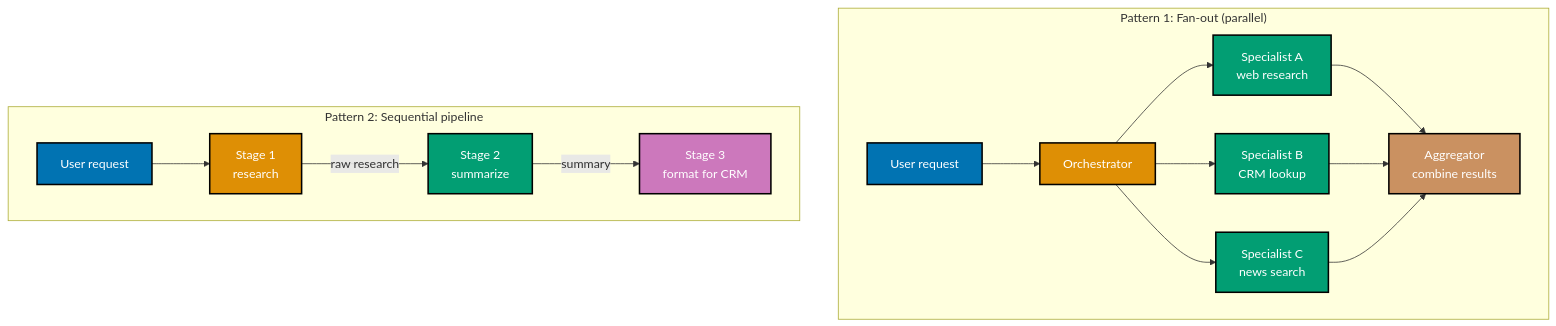
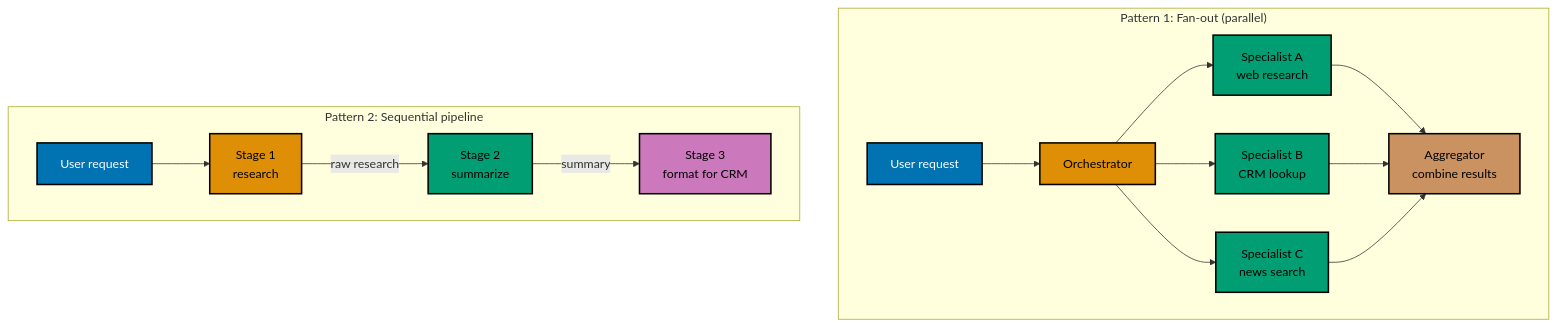
One commit to wahidyankf/ose-public changed the second of 3 diagrams in apps/ayokoding-www/content/en/learn/legacy/artificial-intelligence/tools/openclaw/by-concept/advanced.md. Above: the diagram before and after it, drawn with Mermaid. The commit also changed other lines of this file and 50 other files, not shown here.

First line of the commit message:
fix(mermaid): bring the docs, governance, plans, and legacy AI diagrams onto the accessible palette

````diff
--- a/apps/ayokoding-www/content/en/learn/legacy/artificial-intelligence/tools/openclaw/by-concept/advanced.md
+++ b/apps/ayokoding-www/content/en/learn/legacy/artificial-intelligence/tools/openclaw/by-concept/advanced.md
@@ -557,36 +560,39 @@
 ```mermaid
 %% Color Palette: Blue #0173B2, Orange #DE8F05, Teal #029E73, Purple #CC78BC, Brown #CA9161
 
 graph TD
+    accTitle: 5. Multi-Agent Patterns
+    accDescr: Graph with 10 nodes and 10 connections. Nodes: User request, Orchestrator, Specialist A web research, Specialist B CRM lookup, Specialist C news search, Aggregator combine results, User request, Stage 1 research, Stage 2 summarize, Stage 3 format for CRM. Connections: User request to Orchestrator, Orchestrator to Specialist A web research, Orchestrator to Specialist B CRM lookup, Orchestrator to Specialist C news search, Specialist A web research to Aggregator combine results, Specialist B CRM lookup to Aggregator combine results, Specialist C news search to Aggregator combine results, User request to Stage 1 research, Stage 1 research to Stage 2 summarize (raw research), Stage 2 summarize to Stage 3 format for CRM (summary).
     subgraph "Pattern 1: Fan-out (parallel)"
         U1["User request"]:::blue
         O1["Orchestrator"]:::orange
         S1A["Specialist A<br/>web research"]:::teal
         S1B["Specialist B<br/>CRM lookup"]:::teal
         S1C["Specialist C<br/>news search"]:::teal
         AGG["Aggregator<br/>combine results"]:::brown
         U1 --> O1
         O1 --> S1A
         O1 --> S1B
         O1 --> S1C
         S1A --> AGG
         S1B --> AGG
         S1C --> AGG
     end
 
     subgraph "Pattern 2: Sequential pipeline"
         U2["User request"]:::blue
         P1["Stage 1<br/>research"]:::orange
         P2["Stage 2<br/>summarize"]:::teal
         P3["Stage 3<br/>format for CRM"]:::purple
         U2 --> P1
         P1 -->|"raw research"| P2
         P2 -->|"summary"| P3
     end
 
     classDef blue fill:#0173B2,stroke:#000000,color:#FFFFFF,stroke-width:2px
-    classDef orange fill:#DE8F05,stroke:#000000,color:#FFFFFF,stroke-width:2px
-    classDef teal fill:#029E73,stroke:#000000,color:#FFFFFF,stroke-width:2px
-    classDef purple fill:#CC78BC,stroke:#000000,color:#FFFFFF,stroke-width:2px
-    classDef brown fill:#CA9161,stroke:#000000,color:#FFFFFF,stroke-width:2px
+    classDef orange fill:#DE8F05,stroke:#000000,color:#000000,stroke-width:2px
+    classDef teal fill:#029E73,stroke:#000000,color:#000000,stroke-width:2px
+    classDef purple fill:#CC78BC,stroke:#000000,color:#000000,stroke-width:2px
+    classDef brown fill:#CA9161,stroke:#000000,color:#000000,stroke-width:2px
+    classDef default fill:#FFFFFF,stroke:#000000,color:#000000
 ```
````
